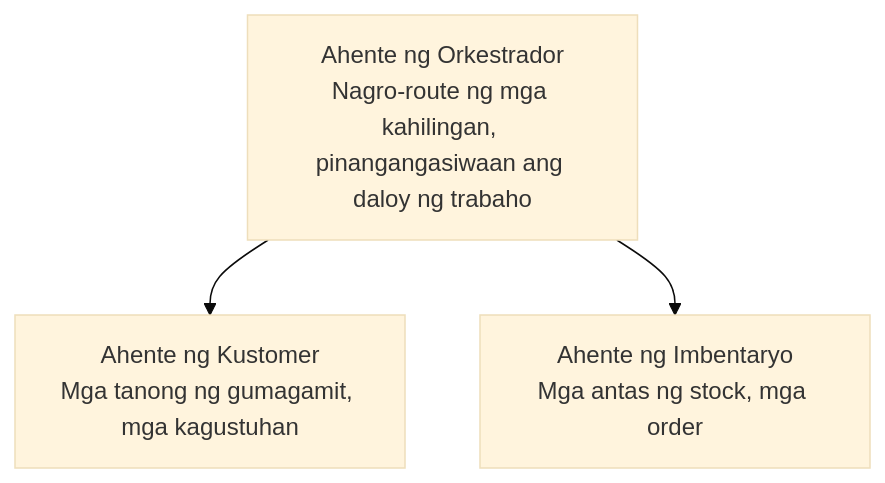
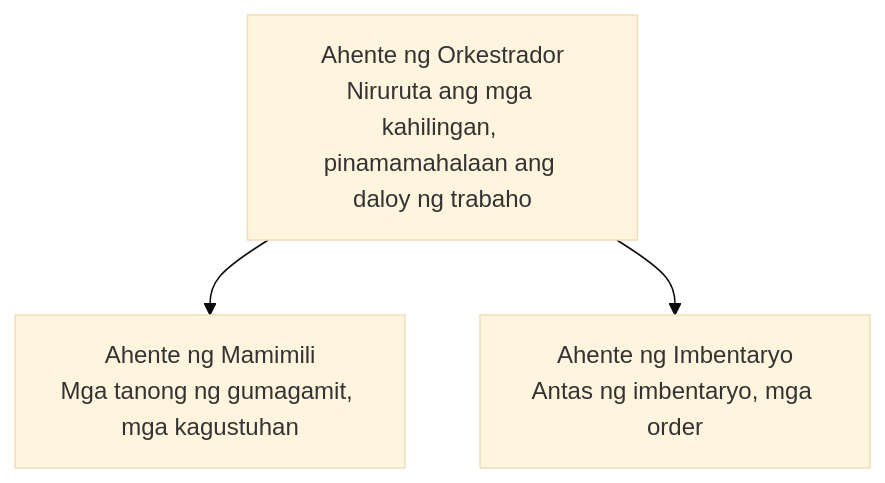
The diagram in translations/tl/docs/chapter-05-multi-agent/README.md (microsoft/AZD-for-beginners), drawn with Mermaid (base theme) before and after one commit. The commit also changed other lines of this file and 101 other files, not shown here.

````diff
--- a/translations/tl/docs/chapter-05-multi-agent/README.md
+++ b/translations/tl/docs/chapter-05-multi-agent/README.md
@@ -50,5 +52,5 @@
 ```mermaid
 graph TD
-    Orchestrator[Ahente ng Orkestrador<br/>Nagro-route ng mga kahilingan, pinangangasiwaan ang daloy ng trabaho] --> Customer[Ahente ng Kustomer<br/>Mga tanong ng gumagamit, mga kagustuhan]
-    Orchestrator --> Inventory[Ahente ng Imbentaryo<br/>Mga antas ng stock, mga order]
+    Orchestrator[Ahente ng Orkestrador<br/>Niruruta ang mga kahilingan, pinamamahalaan ang daloy ng trabaho] --> Customer[Ahente ng Mamimili<br/>Mga tanong ng gumagamit, mga kagustuhan]
+    Orchestrator --> Inventory[Ahente ng Imbentaryo<br/>Antas ng imbentaryo, mga order]
 ```
````
